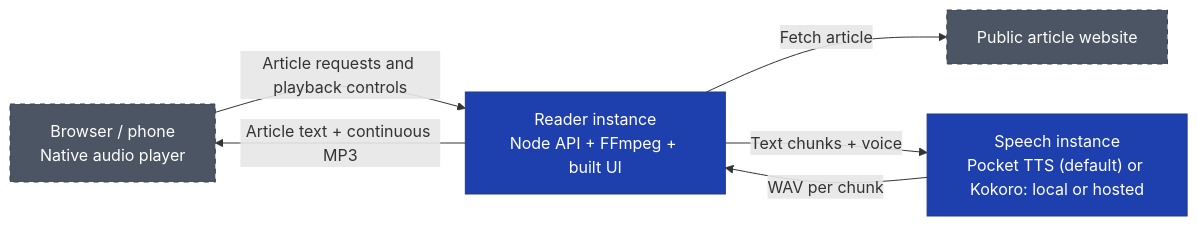
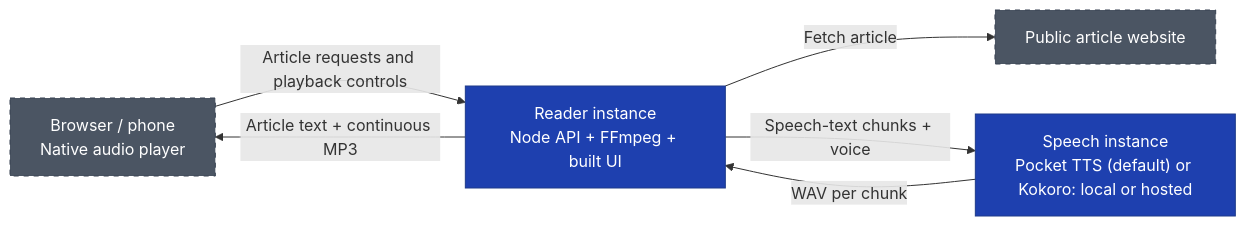
The diagram in README.md (acramatte/article-reader), drawn with Mermaid before and after one commit. The commit also changed other lines of this file and 7 other files, not shown here.

````diff
--- a/README.md
+++ b/README.md
@@ -76,12 +76,12 @@
 ```mermaid
 flowchart LR
     Browser["Browser / phone<br/>Native audio player"] -->|"Article requests and playback controls"| Reader["Reader instance<br/>Node API + FFmpeg + built UI"]
     Reader -->|"Article text + continuous MP3"| Browser
     Reader -->|"Fetch article"| Website["Public article website"]
-    Reader -->|"Text chunks + voice"| Speech["Speech instance<br/>Pocket TTS (default) or Kokoro: local or hosted"]
+    Reader -->|"Speech-text chunks + voice"| Speech["Speech instance<br/>Pocket TTS (default) or Kokoro: local or hosted"]
     Speech -->|"WAV per chunk"| Reader
     classDef managed fill:#1e40af,stroke:#1e3a8a,color:#ffffff
     classDef external fill:#4b5563,stroke:#374151,color:#ffffff,stroke-dasharray:5 5
     class Reader,Speech managed
     class Browser,Website external
 ```
````
